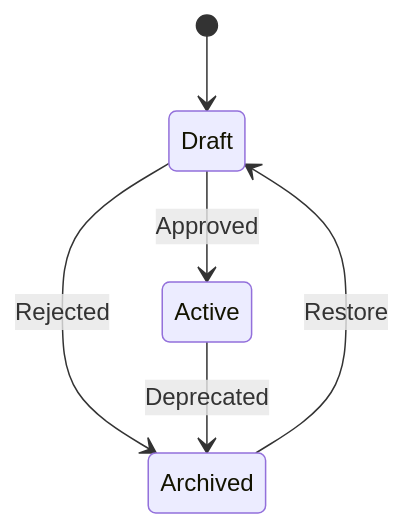
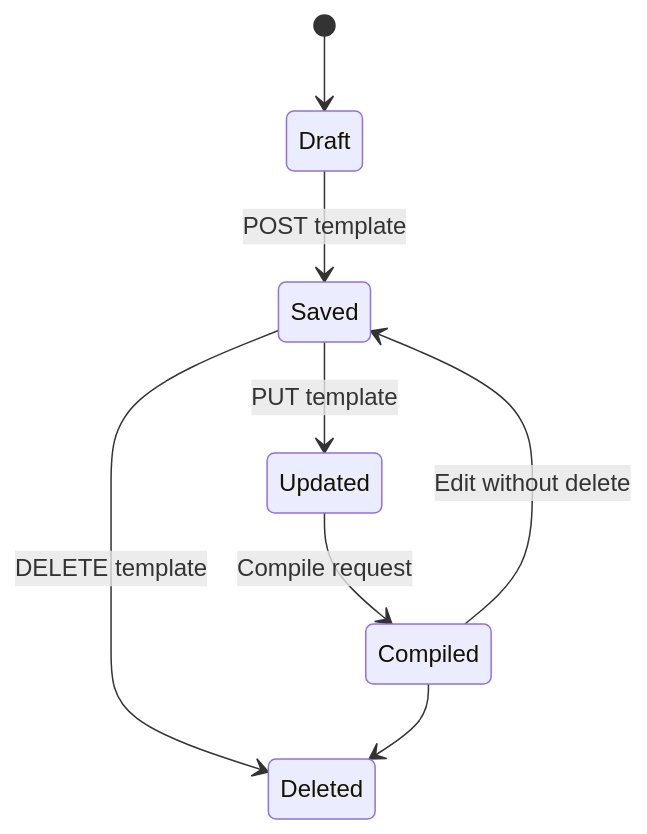
Before and after one commit to sinjie2008/Foundational-Electronics-Core-Systems: the eighth of 9 diagrams in docs/spec.md, drawn with Mermaid. The commit also changed other lines of this file and 31 other files, not shown here.

````diff
--- a/docs/spec.md
+++ b/docs/spec.md
@@ -497,8 +190,10 @@
 ```mermaid
 stateDiagram-v2
-  [*] --> Draft
-  Draft --> Active: Approved
-  Draft --> Archived: Rejected
-  Active --> Archived: Deprecated
-  Archived --> Draft: Restore
+    [*] --> Draft
+    Draft --> Saved : POST template
+    Saved --> Updated : PUT template
+    Updated --> Compiled : Compile request
+    Compiled --> Saved : Edit without delete
+    Saved --> Deleted : DELETE template
+    Compiled --> Deleted
 ```
````
